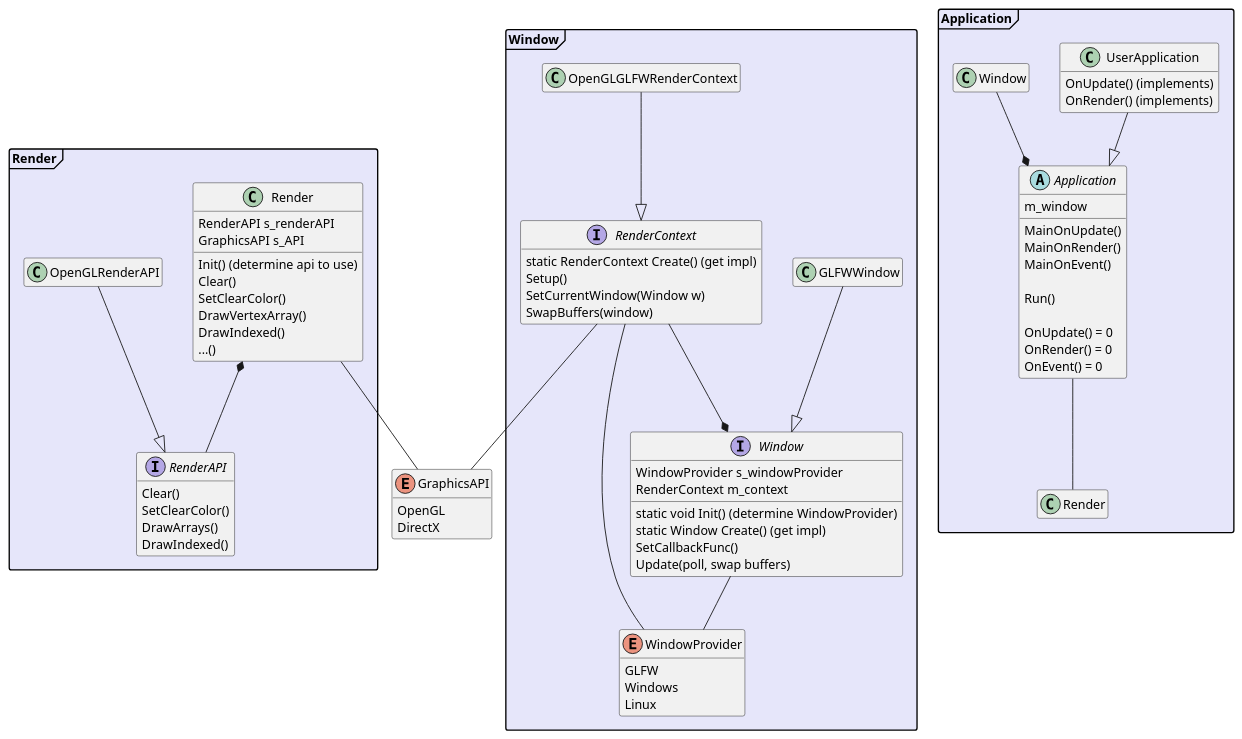
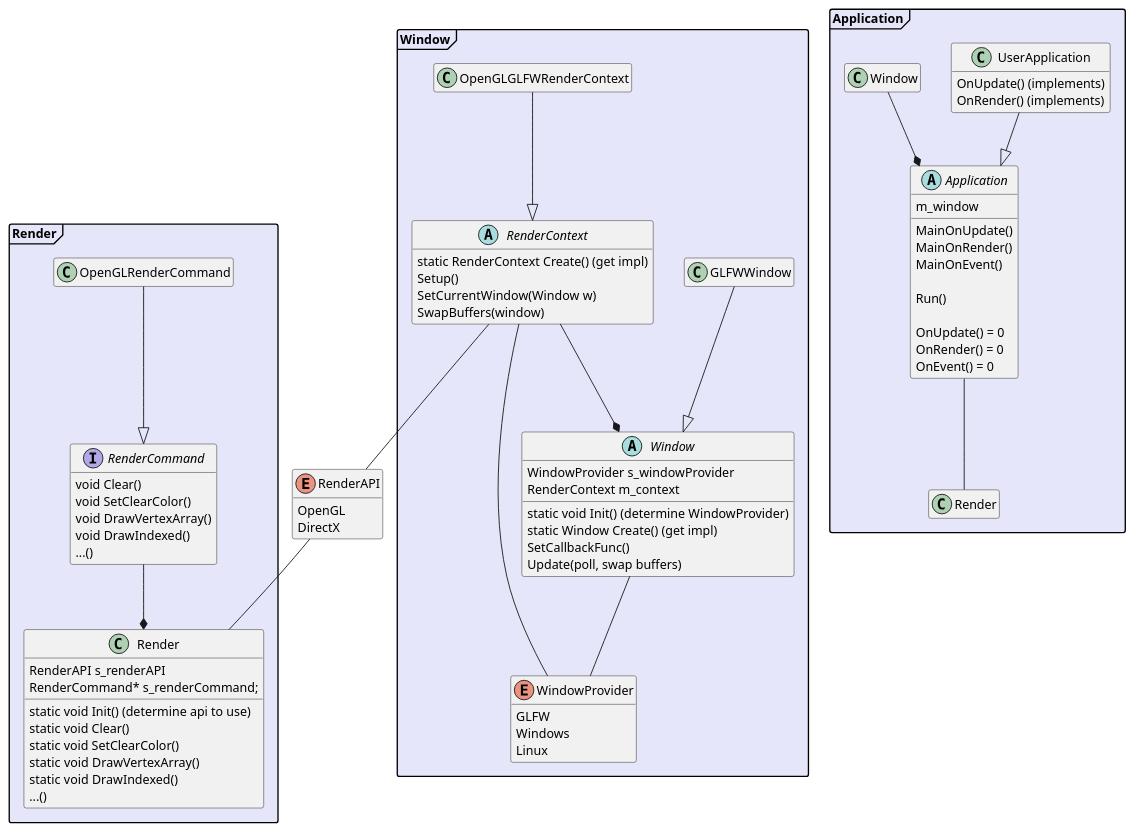
One commit to Winter091/Peanut changed the diagram in Planning/AppRenderWindow.puml. Above: the diagram before and after it, drawn with PlantUML. The commit also changed 16 other files, not shown here.

Commit message:
Add minimal working render command abstraction

```diff
--- a/Planning/AppRenderWindow.puml
+++ b/Planning/AppRenderWindow.puml
@@ -1,103 +1,105 @@
 @startuml RendererAndWindow
 
 hide empty members
 hide empty methods
 skinparam packageStyle Frame
 skinparam PackageBackgroundColor Lavender
 
 
-enum GraphicsAPI {
+enum RenderAPI {
         OpenGL    
         DirectX
     }
 
 
 package Render {
-    interface RenderAPI {
-        Clear()
-        SetClearColor()
-        DrawArrays()
-        DrawIndexed()
+    interface RenderCommand {
+        void Clear()
+        void SetClearColor()
+        void DrawVertexArray()
+        void DrawIndexed()
+        ...()
     }
 
-    OpenGLRenderAPI --|> RenderAPI
+    OpenGLRenderCommand --|> RenderCommand
 
     class Render {
         RenderAPI s_renderAPI
-        GraphicsAPI s_API
-        Init() (determine api to use)
-        Clear()
-        SetClearColor()
-        DrawVertexArray()
-        DrawIndexed()
+        RenderCommand* s_renderCommand;
+
+        static void Init() (determine api to use)
+        static void Clear()
+        static void SetClearColor()
+        static void DrawVertexArray()
+        static void DrawIndexed()
         ...()
     }
 
-    Render -- GraphicsAPI
-    Render *-- RenderAPI
+    RenderCommand --* Render
+    RenderAPI -- Render
 }
 
 
 package Window {
     enum WindowProvider {
         GLFW
         Windows
         Linux
     }
 
-    interface Window {
+    abstract class Window {
         WindowProvider s_windowProvider
         RenderContext m_context
         static void Init() (determine WindowProvider)
         static Window Create() (get impl)
         SetCallbackFunc()
         Update(poll, swap buffers)
     }
 
     GLFWWindow --|> Window
 
-    interface RenderContext {
+    abstract class RenderContext {
         static RenderContext Create() (get impl)
         Setup()
         SetCurrentWindow(Window w)
         SwapBuffers(window)
     }
 
     OpenGLGLFWRenderContext --|> RenderContext
     RenderContext --* Window
     Window -- WindowProvider
     RenderContext -- WindowProvider
-    RenderContext -- GraphicsAPI
+    RenderContext -- RenderAPI 
 }
 
 
 package Application {
     abstract class Application {
         m_window
 
 
         MainOnUpdate()
         MainOnRender()
         MainOnEvent()
 
         Run()
 
         OnUpdate() = 0
         OnRender() = 0
         OnEvent() = 0
     }
 
     class UserApplication {
         OnUpdate() (implements)
         OnRender() (implements)
     }
 
     UserApplication --|> Application
     Window --* Application
     Application -- Render
 }
 
 
 
 
 @enduml
```
